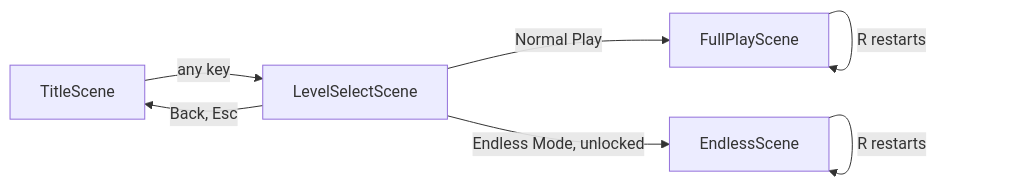
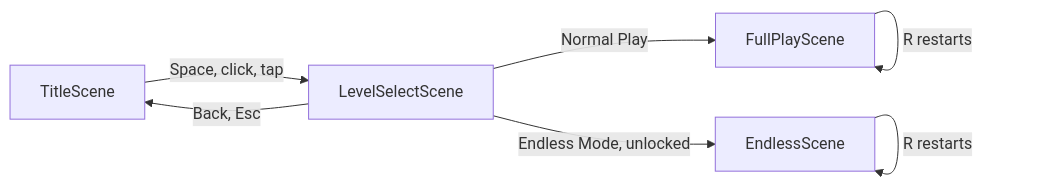
One commit to CSCI-526/Team4-Lu_Lu changed the first of 4 diagrams in docs/monkobra-tdd.md. Above: the diagram before and after it, drawn with Mermaid. The commit also changed other lines of this file and 2 other files, not shown here.

````diff
--- a/docs/monkobra-tdd.md
+++ b/docs/monkobra-tdd.md
@@ -43,9 +43,9 @@
 ```mermaid
 graph LR
-  Title[TitleScene] -->|any key| Select[LevelSelectScene]
+  Title[TitleScene] -->|Space, click, tap| Select[LevelSelectScene]
   Select -->|Normal Play| Full[FullPlayScene]
   Select -->|Endless Mode, unlocked| Endless[EndlessScene]
   Select -->|Back, Esc| Title
   Full -->|R restarts| Full
   Endless -->|R restarts| Endless
 ```
````
